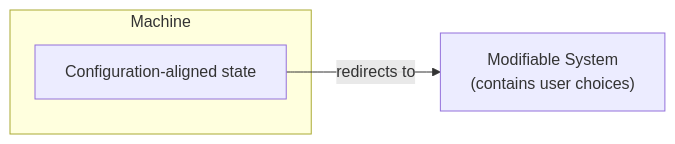
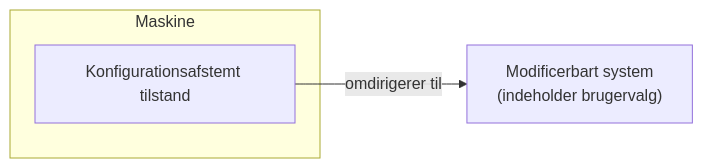
Before and after one commit to 0xf1e/os2fri-dokumentation: the fifth of 9 diagrams in presentation/slides.md, drawn with Mermaid. The commit also changed other lines of this file, not shown here.

Commit message:
præsentation: oversæt til dansk

```diff
--- a/presentation/slides.md
+++ b/presentation/slides.md
@@ -140,8 +140,8 @@
 <div class="mermaid">
 flowchart LR
-    subgraph Machine ["Machine"]
-        guaranteed["Configuration-aligned state"]
+    subgraph Machine ["Maskine"]
+        guaranteed["Konfigurationsafstemt tilstand"]
     end
-    modifiableSystem["Modifiable System\n(contains user choices)"]
-    guaranteed -->|redirects to| modifiableSystem
+    modifiableSystem["Modificerbart system\n(indeholder brugervalg)"]
+    guaranteed -->|omdirigerer til| modifiableSystem
 </div>
```
